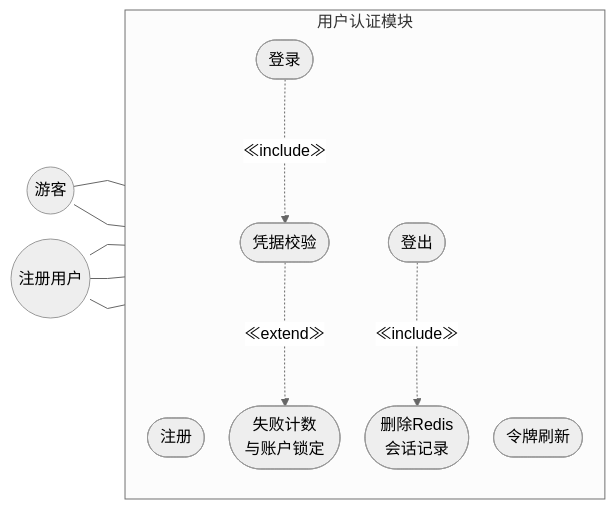
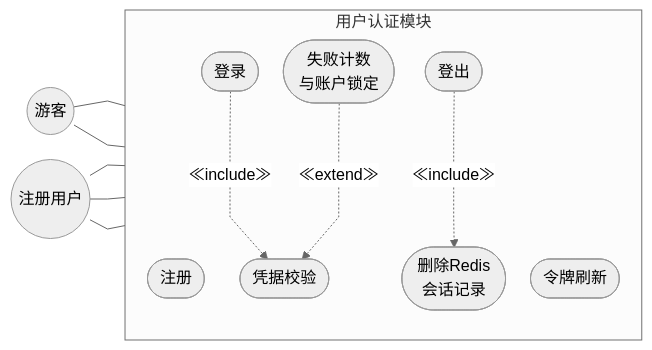
One commit to Wkjlovec/graduation_project_zhuang changed the diagram in docs/diagrams/fig3-2-auth-usecase.mmd. Above: the diagram before and after it, drawn with Mermaid. The commit also changed 11 other files, not shown here.

Commit message:
docs: 修正全部用例图extend箭头方向(从扩展用例指向基用例)

```diff
--- a/docs/diagrams/fig3-2-auth-usecase.mmd
+++ b/docs/diagrams/fig3-2-auth-usecase.mmd
@@ -1,24 +1,24 @@
 %%{init: {'theme': 'neutral', 'flowchart': {'curve': 'linear', 'rankSpacing': 35, 'nodeSpacing': 25}}}%%
 graph LR
     Guest((游客))
     User((注册用户))
 
     subgraph 用户认证模块
         direction TB
         UC1([注册])
         UC2([登录])
         UC3([令牌刷新])
         UC4([登出])
         UC5([凭据校验])
         UC6([失败计数\n与账户锁定])
         UC7([删除Redis\n会话记录])
     end
 
     Guest --- UC1
     Guest --- UC2
     User --- UC2
     User --- UC3
     User --- UC4
     UC2 -..->|"≪include≫"| UC5
-    UC5 -..->|"≪extend≫"| UC6
+    UC6 -..->|"≪extend≫"| UC5
     UC4 -..->|"≪include≫"| UC7
```
